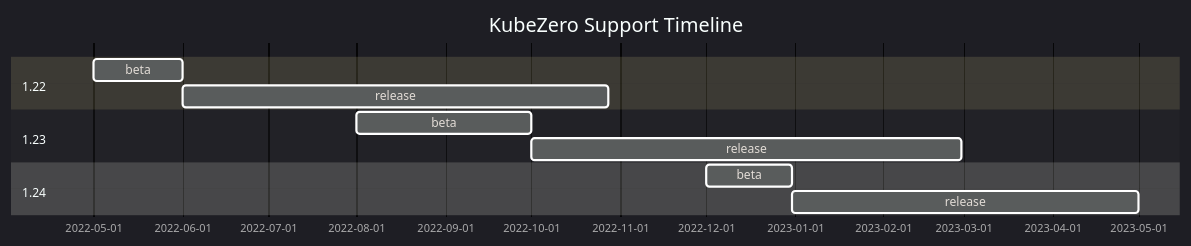
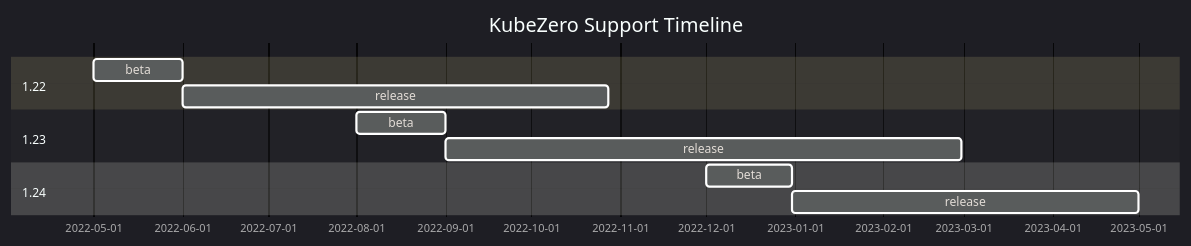
The diagram in README.md (Zero-Down-Time/kubezero), drawn with Mermaid before and after one commit. The commit also changed 2 other files, not shown here.

Commit message:
feat: add secrets support to Jenkins

````diff
--- a/README.md
+++ b/README.md
@@ -26,15 +26,15 @@
 ```mermaid
 %%{init: {'theme':'dark'}}%%
 gantt
     title KubeZero Support Timeline
     dateFormat  YYYY-MM-DD
     section 1.22
     beta     :122b, 2022-05-01, 2022-06-01
     release  :after 122b, 2022-10-28
     section 1.23
-    beta     :123b, 2022-08-01, 2022-10-01
+    beta     :123b, 2022-08-01, 2022-09-01
     release  :after 123b, 2023-02-28
     section 1.24
     beta     :124b, 2022-12-01, 2022-12-31
     release  :after 124b, 2023-05-01
 ```
````
